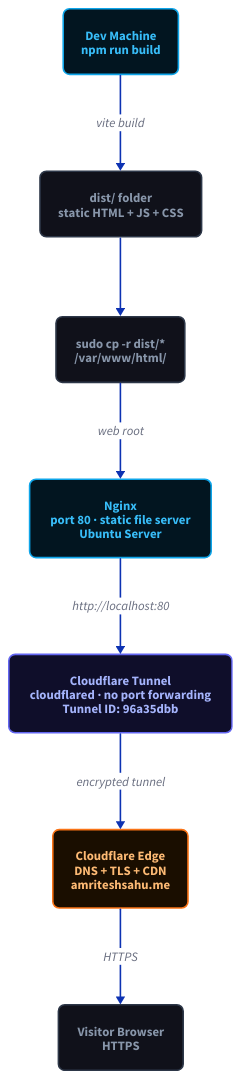
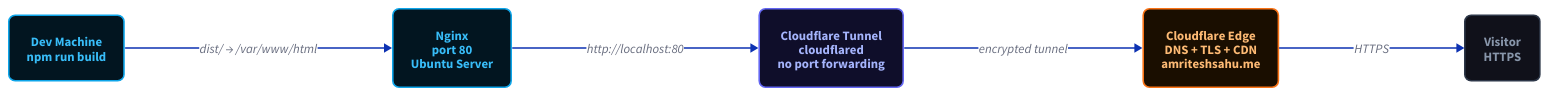
The diagram in src/diagrams/portfolio/deployment.d2 (Amritesh-co/portfolio), drawn with D2 before and after one commit. The commit also changed 7 other files, not shown here.

```diff
--- a/src/diagrams/portfolio/deployment.d2
+++ b/src/diagrams/portfolio/deployment.d2
@@ -1,43 +1,39 @@
-direction: down
+direction: right
 
 classes: {
   sky: {
     style.fill: "#021520"
     style.stroke: "#0ea5e9"
     style.font-color: "#38bdf8"
     style.border-radius: 8
   }
   indigo: {
     style.fill: "#0f0e2a"
     style.stroke: "#6366f1"
     style.font-color: "#a5b4fc"
     style.border-radius: 8
   }
   muted: {
     style.fill: "#10111a"
     style.stroke: "#2d3748"
     style.font-color: "#8896aa"
     style.border-radius: 8
   }
   orange: {
     style.fill: "#1a0e00"
     style.stroke: "#f97316"
     style.font-color: "#fdba74"
     style.border-radius: 8
   }
 }
 
 dev: "Dev Machine\nnpm run build" { class: sky }
-dist: "dist/ folder\nstatic HTML + JS + CSS" { class: muted }
-copy: "sudo cp -r dist/*\n/var/www/html/" { class: muted }
-nginx: "Nginx\nport 80 · static file server\nUbuntu Server" { class: sky }
-tunnel: "Cloudflare Tunnel\ncloudflared · no port forwarding\nTunnel ID: 96a35dbb" { class: indigo }
+nginx: "Nginx\nport 80\nUbuntu Server" { class: sky }
+tunnel: "Cloudflare Tunnel\ncloudflared\nno port forwarding" { class: indigo }
 cf: "Cloudflare Edge\nDNS + TLS + CDN\namriteshsahu.me" { class: orange }
-visitor: "Visitor Browser\nHTTPS" { class: muted }
+visitor: "Visitor\nHTTPS" { class: muted }
 
-dev -> dist: "vite build"
-dist -> copy
-copy -> nginx: "web root"
+dev -> nginx: "dist/ → /var/www/html"
 nginx -> tunnel: "http://localhost:80"
 tunnel -> cf: "encrypted tunnel"
 cf -> visitor: "HTTPS"
```
